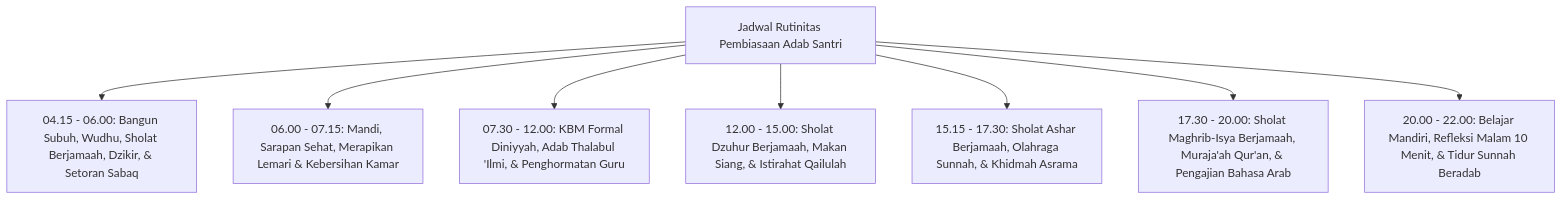
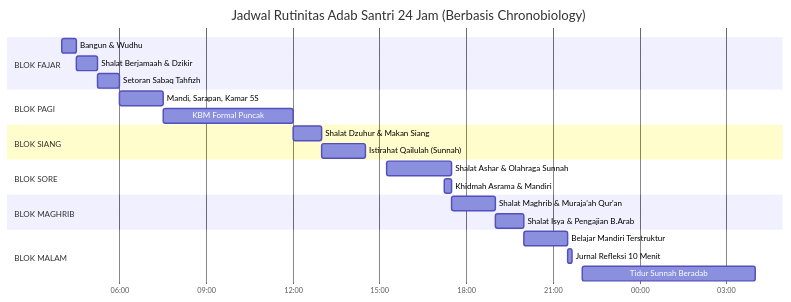
One commit to wandiapriliyandi/tumbuh changed the second of 2 diagrams in 07 Implementation Framework/05 Daily Practices/P7-05-01-Rutinitas-Adab-Subuh-Hingga-Malam-Santri.md. Above: the diagram before and after it, drawn with Mermaid. The commit also changed other lines of this file and 3 other files, not shown here.

````diff
--- a/07 Implementation Framework/05 Daily Practices/P7-05-01-Rutinitas-Adab-Subuh-Hingga-Malam-Santri.md
+++ b/07 Implementation Framework/05 Daily Practices/P7-05-01-Rutinitas-Adab-Subuh-Hingga-Malam-Santri.md
@@ -12,11 +41,32 @@
 ```mermaid
-graph TD
-    DailySchedule["Jadwal Rutinitas Pembiasaan Adab Santri"]
-    DailySchedule --> S_Subuh["04.15 - 06.00: Bangun Subuh, Wudhu, Sholat Berjamaah, Dzikir, & Setoran Sabaq"]
-    DailySchedule --> S_Pagi["06.00 - 07.15: Mandi, Sarapan Sehat, Merapikan Lemari & Kebersihan Kamar"]
-    DailySchedule --> S_KBM["07.30 - 12.00: KBM Formal Diniyyah, Adab Thalabul 'Ilmi, & Penghormatan Guru"]
-    DailySchedule --> S_Siang["12.00 - 15.00: Sholat Dzuhur Berjamaah, Makan Siang, & Istirahat Qailulah"]
-    DailySchedule --> S_Sore["15.15 - 17.30: Sholat Ashar Berjamaah, Olahraga Sunnah, & Khidmah Asrama"]
-    DailySchedule --> S_Maghrib["17.30 - 20.00: Sholat Maghrib-Isya Berjamaah, Muraja'ah Qur'an, & Pengajian Bahasa Arab"]
-    DailySchedule --> S_Malam["20.00 - 22.00: Belajar Mandiri, Refleksi Malam 10 Menit, & Tidur Sunnah Beradab"]
+gantt
+    title Jadwal Rutinitas Adab Santri 24 Jam (Berbasis Chronobiology)
+    dateFormat HH:mm
+    axisFormat %H:%M
+    
+    section BLOK FAJAR
+    Bangun & Wudhu           :04:00, 30m
+    Shalat Berjamaah & Dzikir :04:30, 45m
+    Setoran Sabaq Tahfizh     :05:15, 45m
+    
+    section BLOK PAGI
+    Mandi, Sarapan, Kamar 5S  :06:00, 90m
+    KBM Formal Puncak         :07:30, 270m
+    
+    section BLOK SIANG
+    Shalat Dzuhur & Makan Siang :12:00, 60m
+    Istirahat Qailulah (Sunnah)  :13:00, 90m
+    
+    section BLOK SORE
+    Shalat Ashar & Olahraga Sunnah :15:15, 135m
+    Khidmah Asrama & Mandiri       :17:15, 15m
+    
+    section BLOK MAGHRIB
+    Shalat Maghrib & Muraja'ah Qur'an :17:30, 90m
+    Shalat Isya & Pengajian B.Arab     :19:00, 60m
+    
+    section BLOK MALAM
+    Belajar Mandiri Terstruktur :20:00, 90m
+    Jurnal Refleksi 10 Menit   :21:30, 10m
+    Tidur Sunnah Beradab        :22:00, 360m
 ```
````
